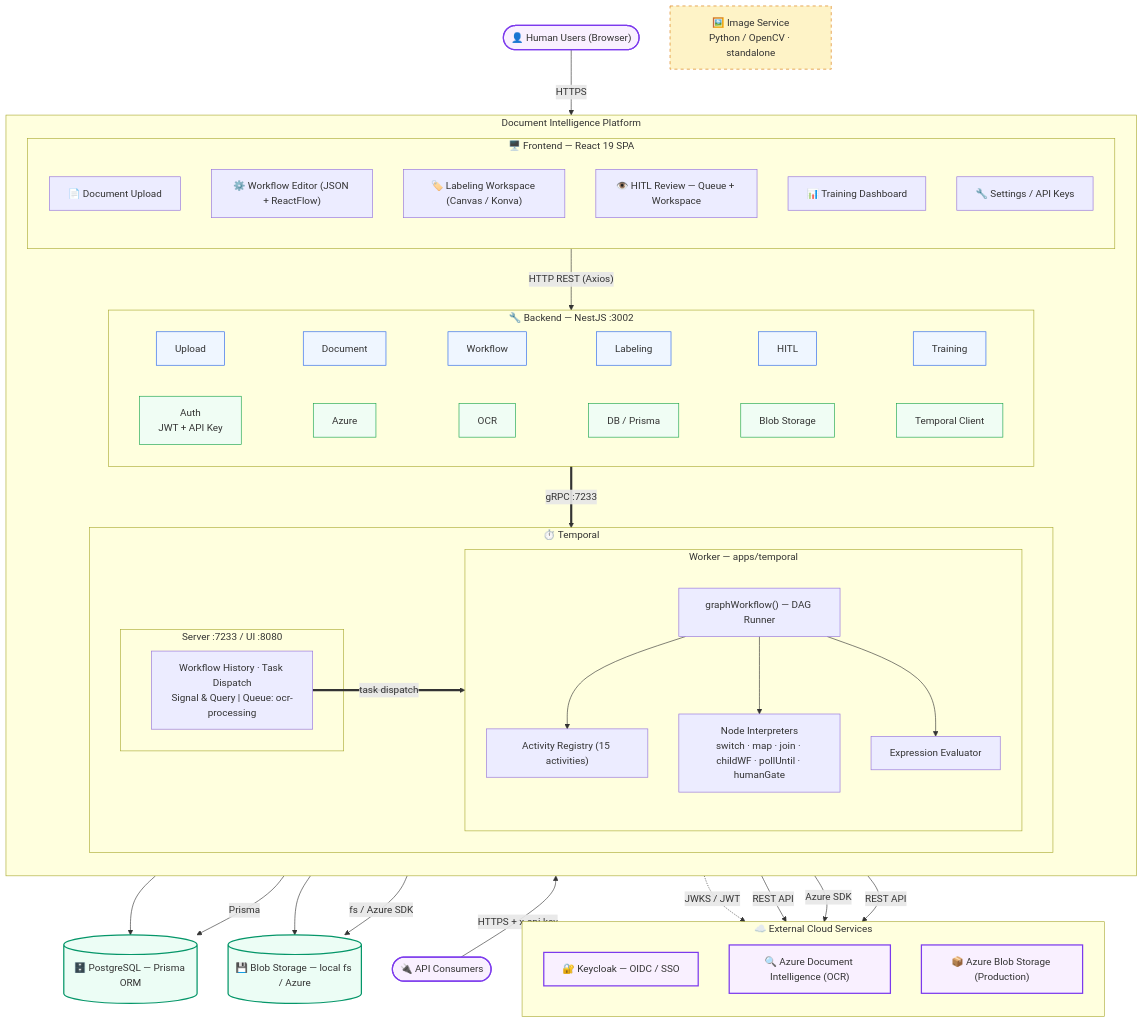
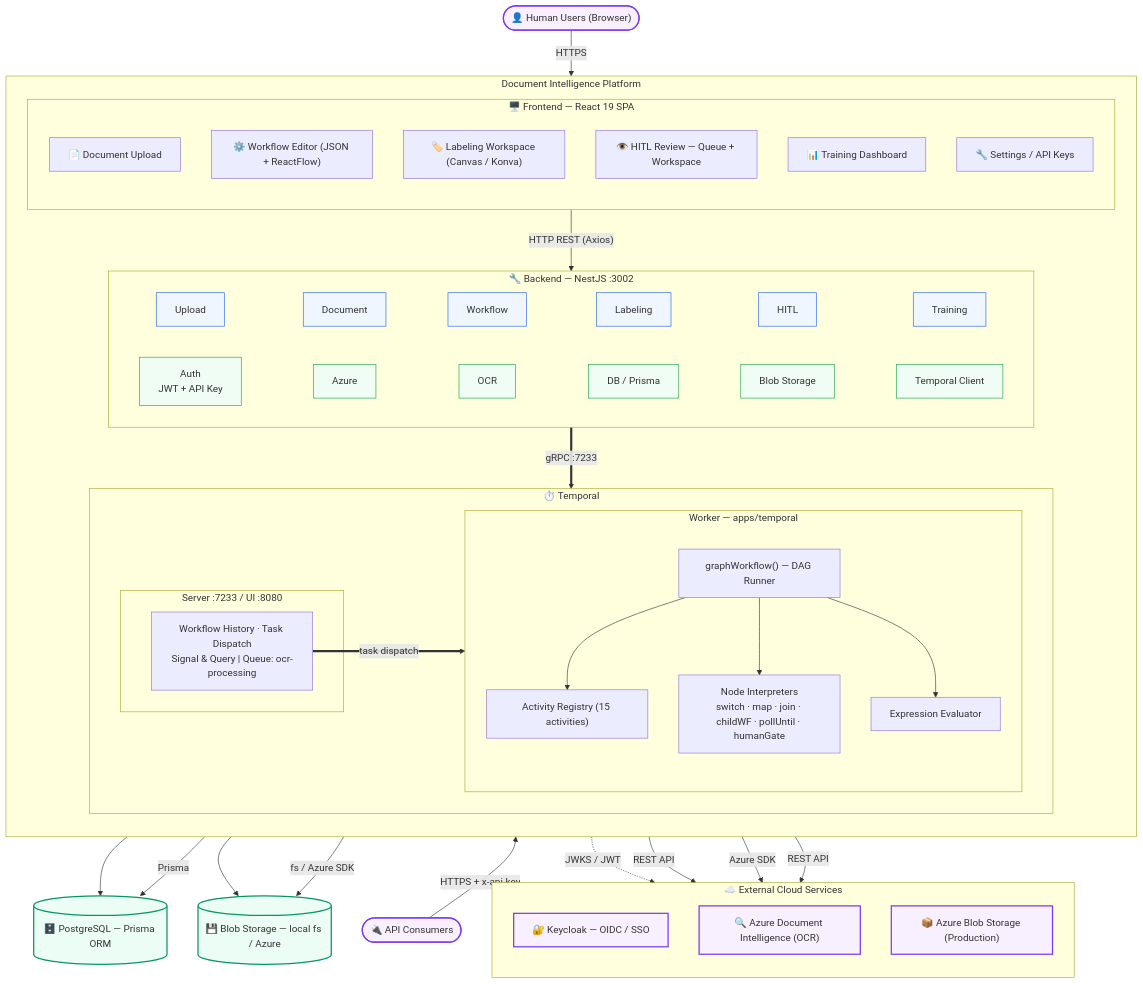
Before and after one commit to bcgov/ai-adoption-document-intelligence: the diagram in docs/_diagrams/system-overview.mmd, drawn with Mermaid. The commit also changed 9 other files, not shown here.

First line of the commit message:
AI-1890 remove remaining image-service references

```diff
--- a/docs/_diagrams/system-overview.mmd
+++ b/docs/_diagrams/system-overview.mmd
@@ -1,80 +1,77 @@
 flowchart TD
     Users(["👤 Human Users (Browser)"]):::external
     APIConsumers(["🔌 API Consumers"]):::external
-    ImageSvc["🖼️ Image Service\nPython / OpenCV · standalone"]:::standalone
 
     subgraph Platform ["Document Intelligence Platform"]
         direction TB
 
         subgraph FE ["🖥️ Frontend — React 19 SPA"]
             direction TB
             DocUpload["📄 Document Upload"]
             WorkflowEditor["⚙️ Workflow Editor (JSON + ReactFlow)"]
             LabelingWS["🏷️ Labeling Workspace (Canvas / Konva)"]
             HITLReview["👁️ HITL Review — Queue + Workspace"]
             TrainingDash["📊 Training Dashboard"]
             SettingsPage["🔧 Settings / API Keys"]
         end
 
         subgraph BE ["🔧 Backend — NestJS :3002"]
             direction LR
             UploadMod["Upload"]:::domain ~~~ DocMod["Document"]:::domain ~~~ WorkflowMod["Workflow"]:::domain ~~~ LabelingMod["Labeling"]:::domain ~~~ HITLMod["HITL"]:::domain ~~~ TrainingMod["Training"]:::domain
             AuthMod["Auth\nJWT + API Key"]:::infra ~~~ AzureMod["Azure"]:::infra ~~~ OcrMod["OCR"]:::infra ~~~ DbMod["DB / Prisma"]:::infra ~~~ BlobMod["Blob Storage"]:::infra ~~~ TemporalClient["Temporal Client"]:::infra
         end
 
         subgraph TG ["⏱️ Temporal"]
             direction LR
             subgraph TS ["Server :7233 / UI :8080"]
                 TemporalSrv["Workflow History · Task Dispatch\nSignal & Query | Queue: ocr-processing"]
             end
             subgraph TW ["Worker — apps/temporal"]
                 direction TB
                 GraphWF["graphWorkflow() — DAG Runner"]
                 ActivityReg["Activity Registry (15 activities)"]
                 NodeInterp["Node Interpreters\nswitch · map · join · childWF · pollUntil · humanGate"]
                 ExprEval["Expression Evaluator"]
             end
         end
     end
 
     subgraph ExtSvc ["☁️ External Cloud Services"]
         direction TB
         Keycloak["🔐 Keycloak — OIDC / SSO"]:::external
         AzureDI["🔍 Azure Document Intelligence (OCR)"]:::external
         AzureBlob["📦 Azure Blob Storage (Production)"]:::external
     end
 
     PG[("🗄️ PostgreSQL — Prisma ORM")]:::datastore
     LocalBlob[("💾 Blob Storage — local fs / Azure")]:::datastore
 
     FE ~~~ APIConsumers
     BE ~~~ ExtSvc
 
     Users -->|HTTPS| FE
     APIConsumers -->|"HTTPS + x-api-key"| BE
     FE -->|"HTTP REST (Axios)"| BE
 
     AuthMod -.->|"JWKS / JWT"| Keycloak
     AzureMod -->|"REST API"| AzureDI
     AzureMod -->|"Azure SDK"| AzureBlob
 
     DbMod --> PG
     BlobMod --> LocalBlob
     TemporalClient ==>|"gRPC :7233"| TemporalSrv
     TemporalSrv ==>|"task dispatch"| TW
 
     GraphWF --> ActivityReg & NodeInterp & ExprEval
 
     ActivityReg -->|"Prisma"| PG
     ActivityReg -->|"fs / Azure SDK"| LocalBlob
     ActivityReg -->|"REST API"| AzureDI
 
     classDef external fill:#f9f0ff,stroke:#7c3aed,stroke-width:2px
     classDef datastore fill:#ecfdf5,stroke:#059669,stroke-width:2px
-    classDef standalone fill:#fef3c7,stroke:#d97706,stroke-width:1px,stroke-dasharray:5 5
     classDef domain fill:#eff6ff,stroke:#2563eb,stroke-width:1px
     classDef infra fill:#f0fdf4,stroke:#16a34a,stroke-width:1px
 
     class Users,APIConsumers,Keycloak,AzureDI,AzureBlob external
     class PG,LocalBlob datastore
-    class ImageSvc standalone
```
